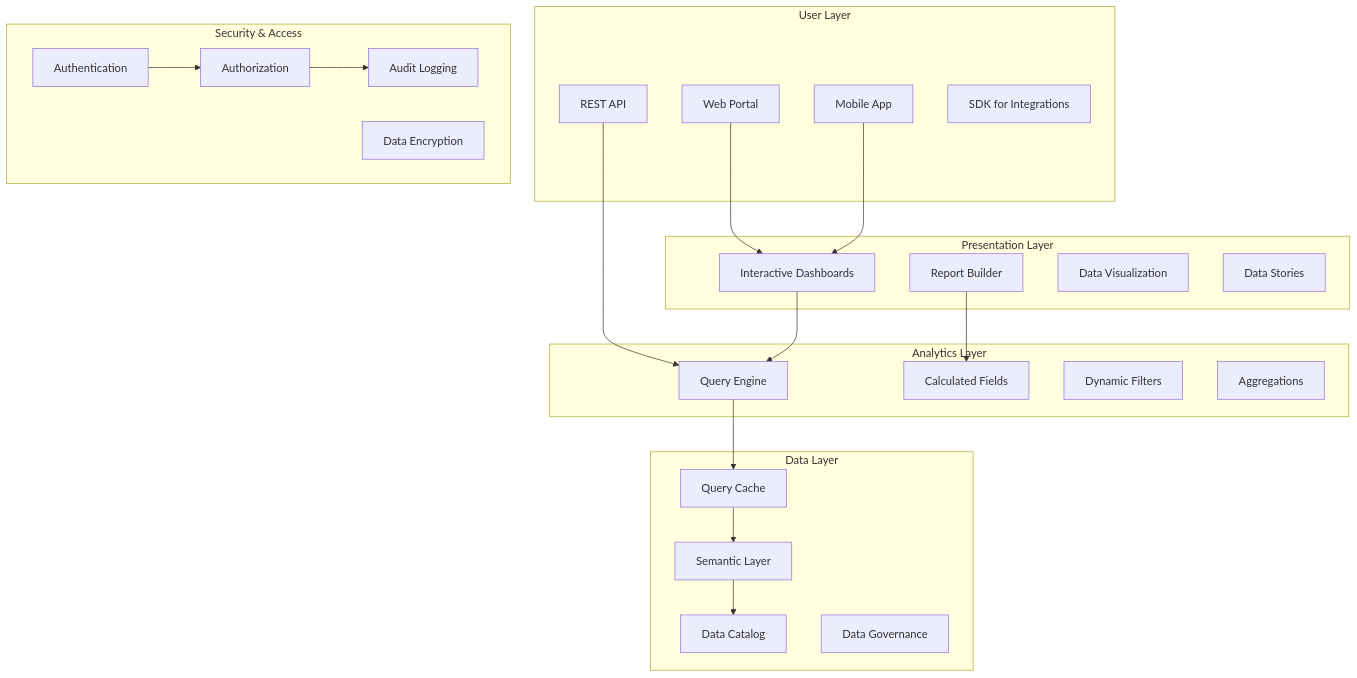
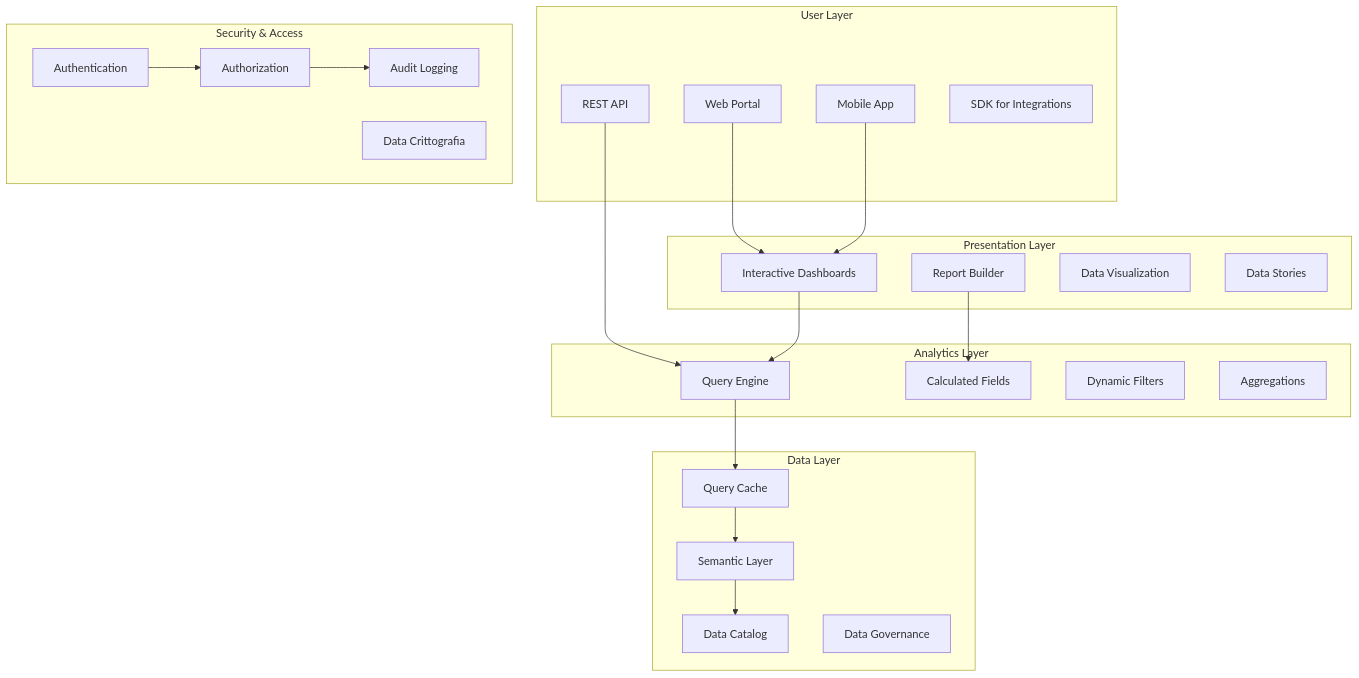
Before and after one commit to gianlucaciarcelluti/Interzen.ZenIA: the diagram in docs/use_cases/UC11 - Analisi Dati e Reporting/01 SP61 - Portale Analitiche Self-Service.md, drawn with Mermaid. The commit also changed other lines of this file and 73 other files, not shown here.

````diff
--- a/docs/use_cases/UC11 - Analisi Dati e Reporting/01 SP61 - Portale Analitiche Self-Service.md
+++ b/docs/use_cases/UC11 - Analisi Dati e Reporting/01 SP61 - Portale Analitiche Self-Service.md
@@ -17,48 +17,48 @@
 ```mermaid
 graph TB
     subgraph "User Layer"
         WEB[Web Portal]
         MOBILE[Mobile App]
         API[REST API]
         SDK[SDK for Integrations]
     end
 
     subgraph "Presentation Layer"
         DASH[Interactive Dashboards]
         REPORT[Report Builder]
         VIS[Data Visualization]
         STORY[Data Stories]
     end
 
     subgraph "Analytics Layer"
         QUERY[Query Engine]
         CALC[Calculated Fields]
         FILTER[Dynamic Filters]
         AGG[Aggregations]
     end
 
     subgraph "Data Layer"
         CACHE[Query Cache]
         SEMANTIC[Semantic Layer]
         CATALOG[Data Catalog]
         GOVERNANCE[Data Governance]
     end
 
     subgraph "Security & Access"
         AUTH[Authentication]
         AUTHZ[Authorization]
         AUDIT[Audit Logging]
-        ENCRYPT[Data Encryption]
+        ENCRYPT[Data Crittografia]
     end
 
     WEB --> DASH
     MOBILE --> DASH
     API --> QUERY
     DASH --> QUERY
     REPORT --> CALC
     QUERY --> CACHE
     CACHE --> SEMANTIC
     SEMANTIC --> CATALOG
     AUTH --> AUTHZ
     AUTHZ --> AUDIT
 ```
````
